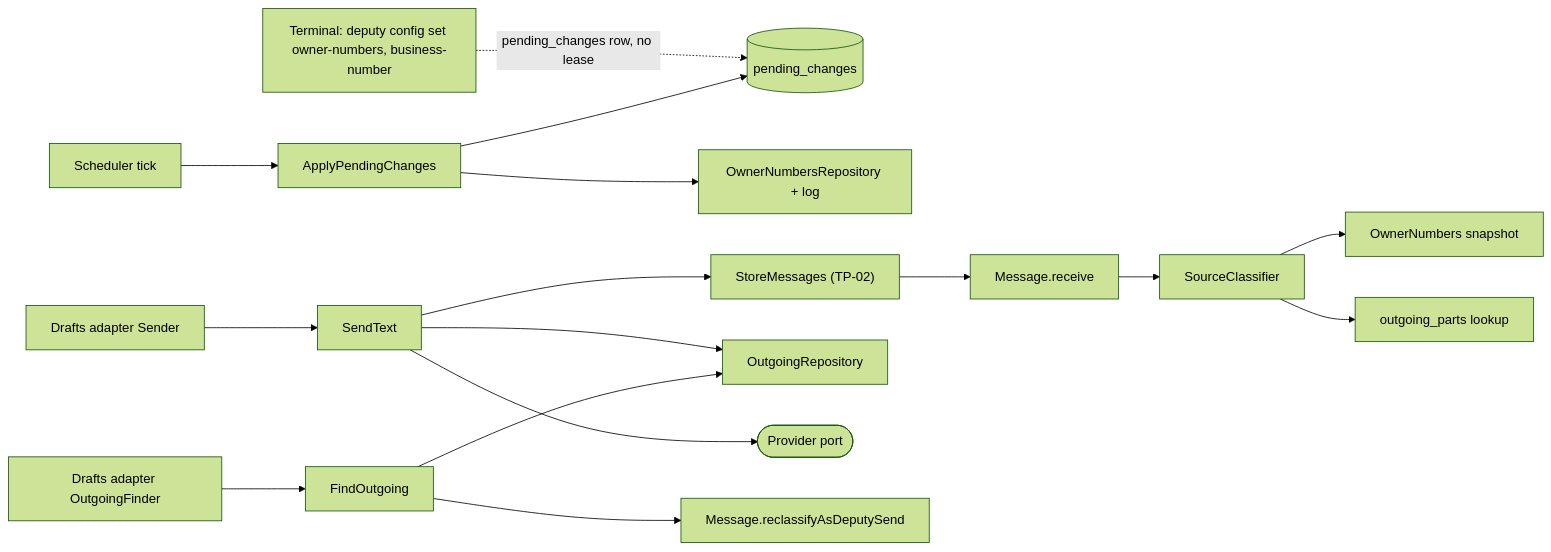
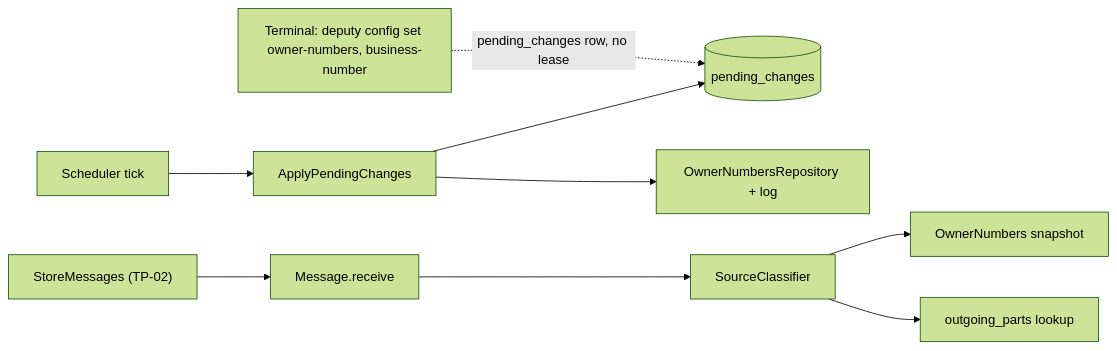
Before and after one commit to antonygiomarxdev/deputy: the first of 3 diagrams in docs/intake/tp/TP-04-owner-echoes.md, drawn with Mermaid (forest theme). The commit also changed 3 other files, not shown here.

First line of the commit message:
docs: add Mermaid architecture diagrams to three TPs and split an oversized one

````diff
--- a/docs/intake/tp/TP-04-owner-echoes.md
+++ b/docs/intake/tp/TP-04-owner-echoes.md
@@ -66,18 +66,11 @@
 ```mermaid
 flowchart LR
   Term["Terminal: deputy config set owner-numbers, business-number"] -.->|pending_changes row, no lease| PC[("pending_changes")]
   Sched["Scheduler tick"] --> Apply["ApplyPendingChanges"]
   Apply --> PC
   Apply --> ONR["OwnerNumbersRepository + log"]
   Store["StoreMessages (TP-02)"] --> Msg["Message.receive"]
   Msg --> SC["SourceClassifier"]
   SC --> Owners["OwnerNumbers snapshot"]
   SC --> Parts["outgoing_parts lookup"]
-  DraftsAd["Drafts adapter Sender"] --> Send["SendText"]
-  Send --> OutR["OutgoingRepository"]
-  Send --> Prov(["Provider port"])
-  Send --> Store
-  Resolve["Drafts adapter OutgoingFinder"] --> Find["FindOutgoing"]
-  Find --> OutR
-  Find --> Re["Message.reclassifyAsDeputySend"]
 ```
````
